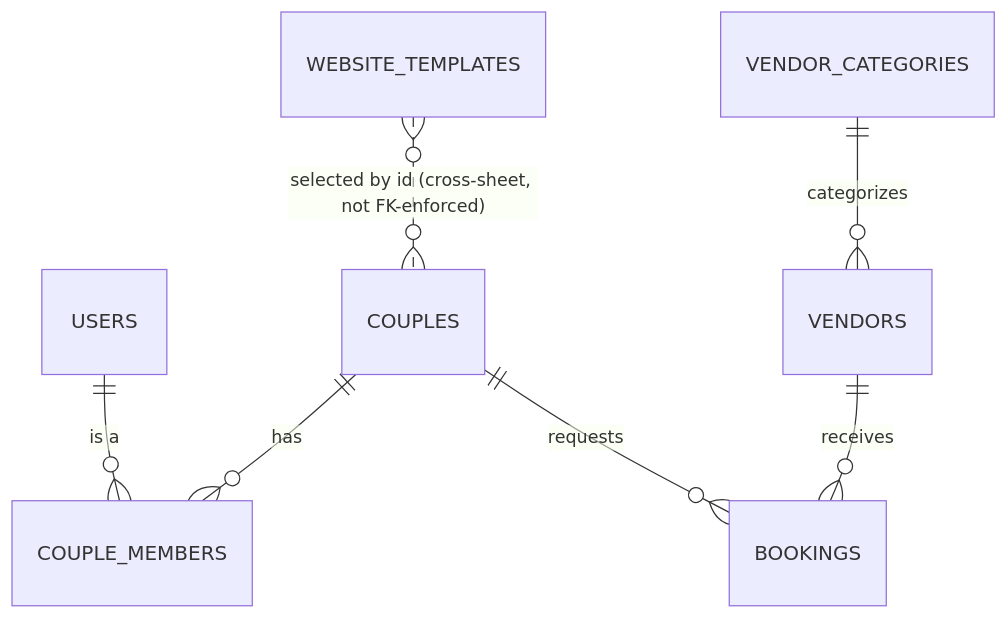
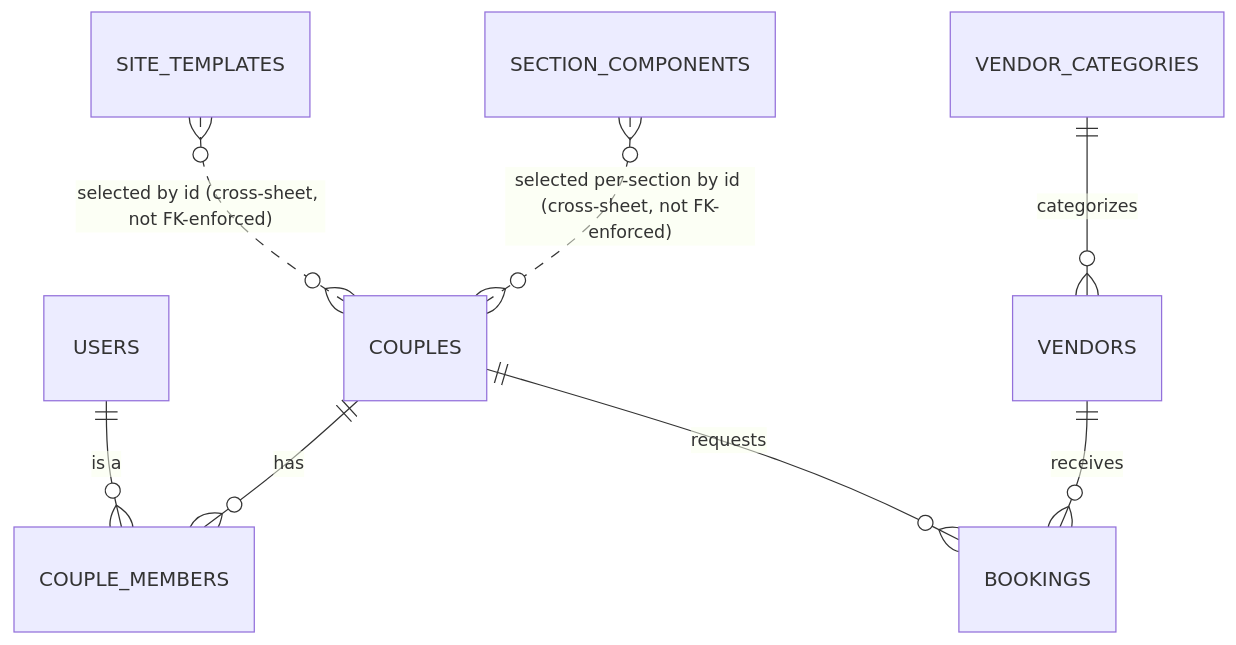
Before and after one commit to vannseavlong/Mongkolka: the first of 2 diagrams in docs/backend-schema.md, drawn with Mermaid. The commit also changed other lines of this file and 181 other files, not shown here.

````diff
--- a/docs/backend-schema.md
+++ b/docs/backend-schema.md
@@ -348,9 +391,10 @@
 ```mermaid
 erDiagram
     USERS ||--o{ COUPLE_MEMBERS : "is a"
     COUPLES ||--o{ COUPLE_MEMBERS : has
     COUPLES ||--o{ BOOKINGS : requests
     VENDORS ||--o{ BOOKINGS : receives
     VENDOR_CATEGORIES ||--o{ VENDORS : categorizes
-    WEBSITE_TEMPLATES }o..o{ COUPLES : "selected by id (cross-sheet, not FK-enforced)"
+    SITE_TEMPLATES }o..o{ COUPLES : "selected by id (cross-sheet, not FK-enforced)"
+    SECTION_COMPONENTS }o..o{ COUPLES : "selected per-section by id (cross-sheet, not FK-enforced)"
 ```
````
